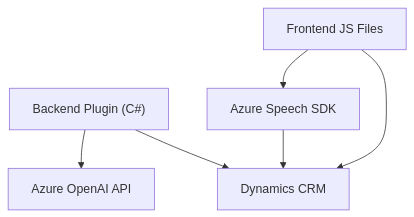
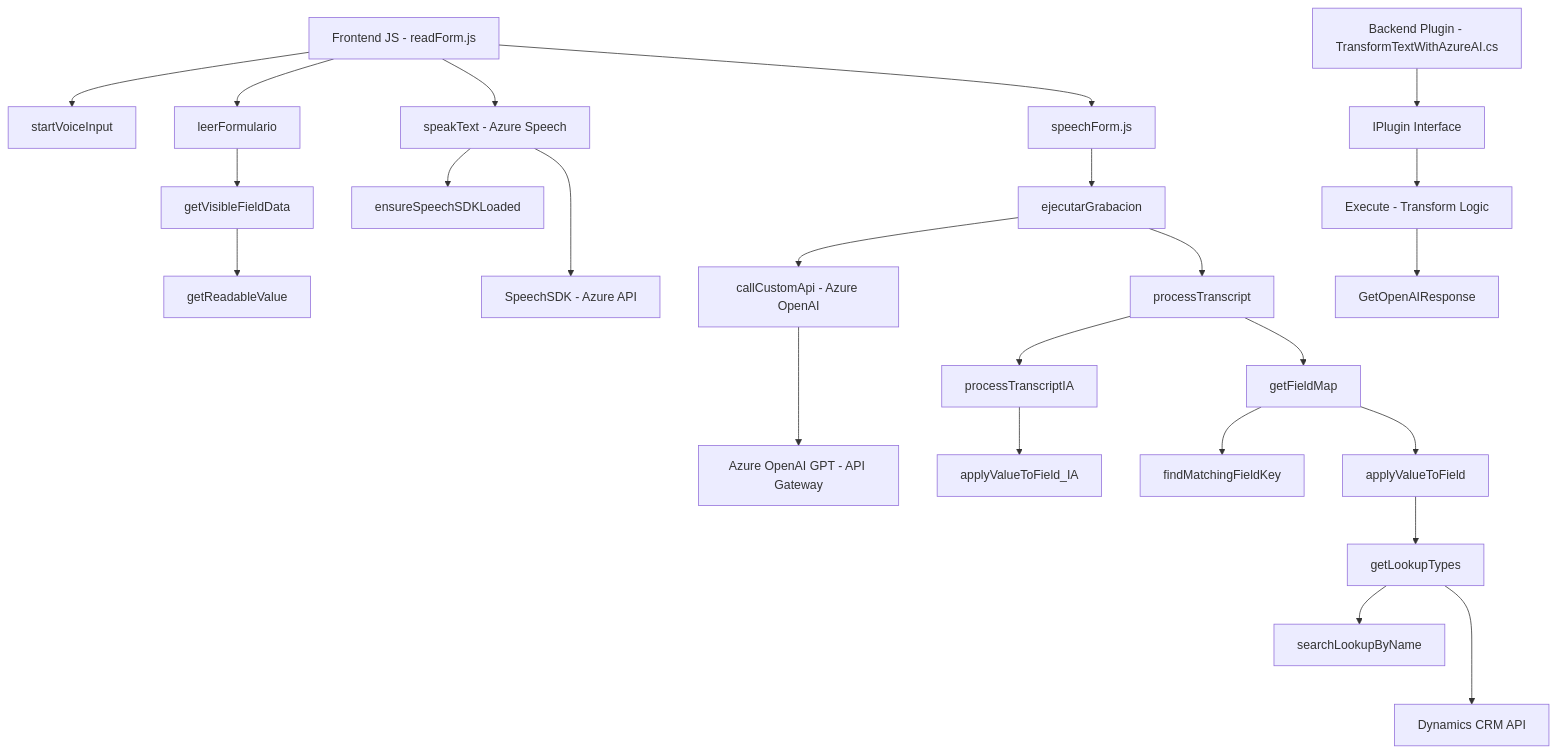
Before and after one commit to blopezdm/NETCORE_BILBAO2025: the diagram in README.md, drawn with Mermaid. The commit also changed other lines of this file, not shown here.

````diff
--- a/README.md
+++ b/README.md
@@ -43,14 +56,29 @@
 ```mermaid
 graph TD
-    A["Frontend JS Files"]
-    B["Backend Plugin (C#)"]
-    C["Azure Speech SDK"]
-    D["Azure OpenAI API"]
-    E["Dynamics CRM"]
+    A["Frontend JS - readForm.js"] --> B["startVoiceInput"]
+    A --> C["leerFormulario"]
+    C --> D["getVisibleFieldData"]
+    D --> E["getReadableValue"]
+    A --> F["speakText - Azure Speech"]
+    F --> G["ensureSpeechSDKLoaded"]
+    A --> H["speechForm.js"]
 
-    A --> C
-    A --> E
-    B --> D
-    B --> E
-    C --> E
+    H --> I["ejecutarGrabacion"]
+    I --> J["callCustomApi - Azure OpenAI"]
+    I --> K["processTranscript"]
+    K --> L["processTranscriptIA"]
+    K --> M["getFieldMap"]
+    L --> N["applyValueToField_IA"]
+    M --> O["findMatchingFieldKey"]
+    M --> P["applyValueToField"]
+    P --> Q["getLookupTypes"]
+    Q --> R["searchLookupByName"]
+
+    S["Backend Plugin - TransformTextWithAzureAI.cs"] --> T["IPlugin Interface"]
+    T --> U["Execute - Transform Logic"]
+    U --> V["GetOpenAIResponse"]
+
+    F ---> X["SpeechSDK - Azure API"]
+    J ---> Y["Azure OpenAI GPT - API Gateway"]
+    Q ---> Z["Dynamics CRM API"]
 ```
````
